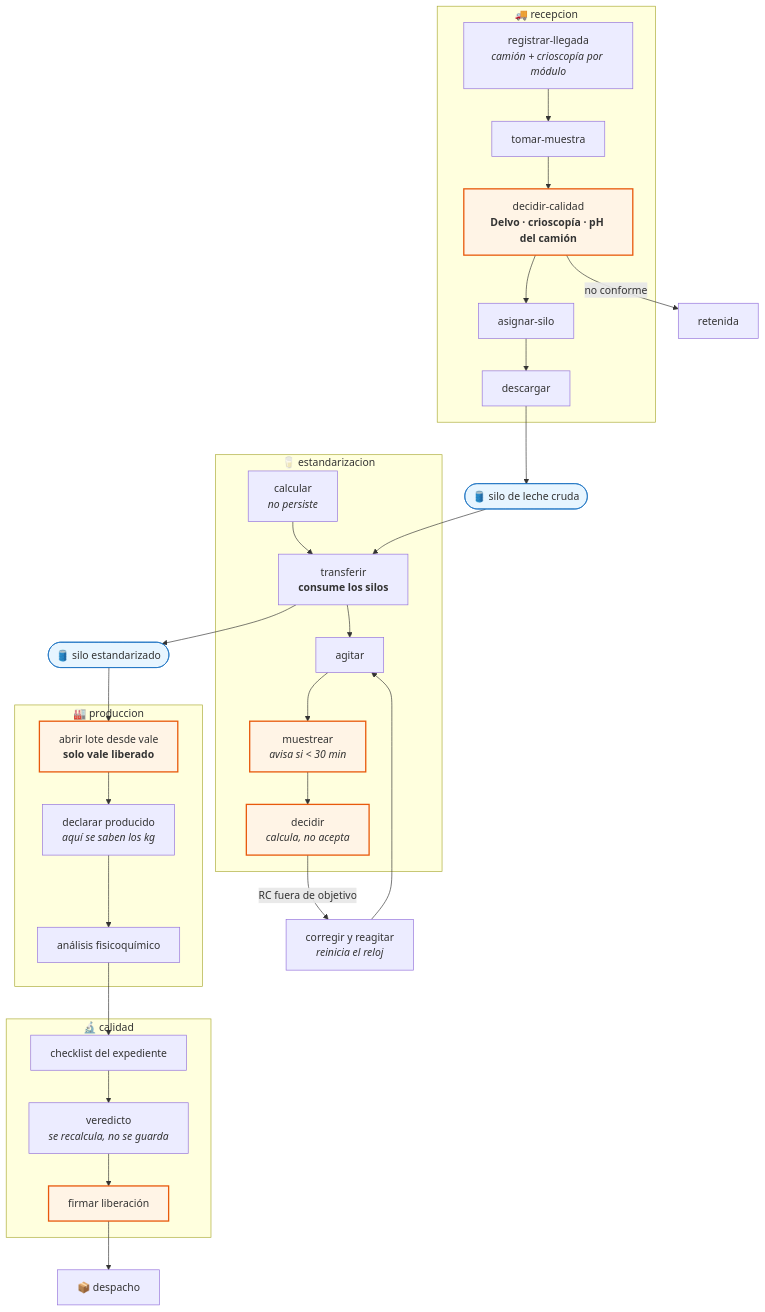
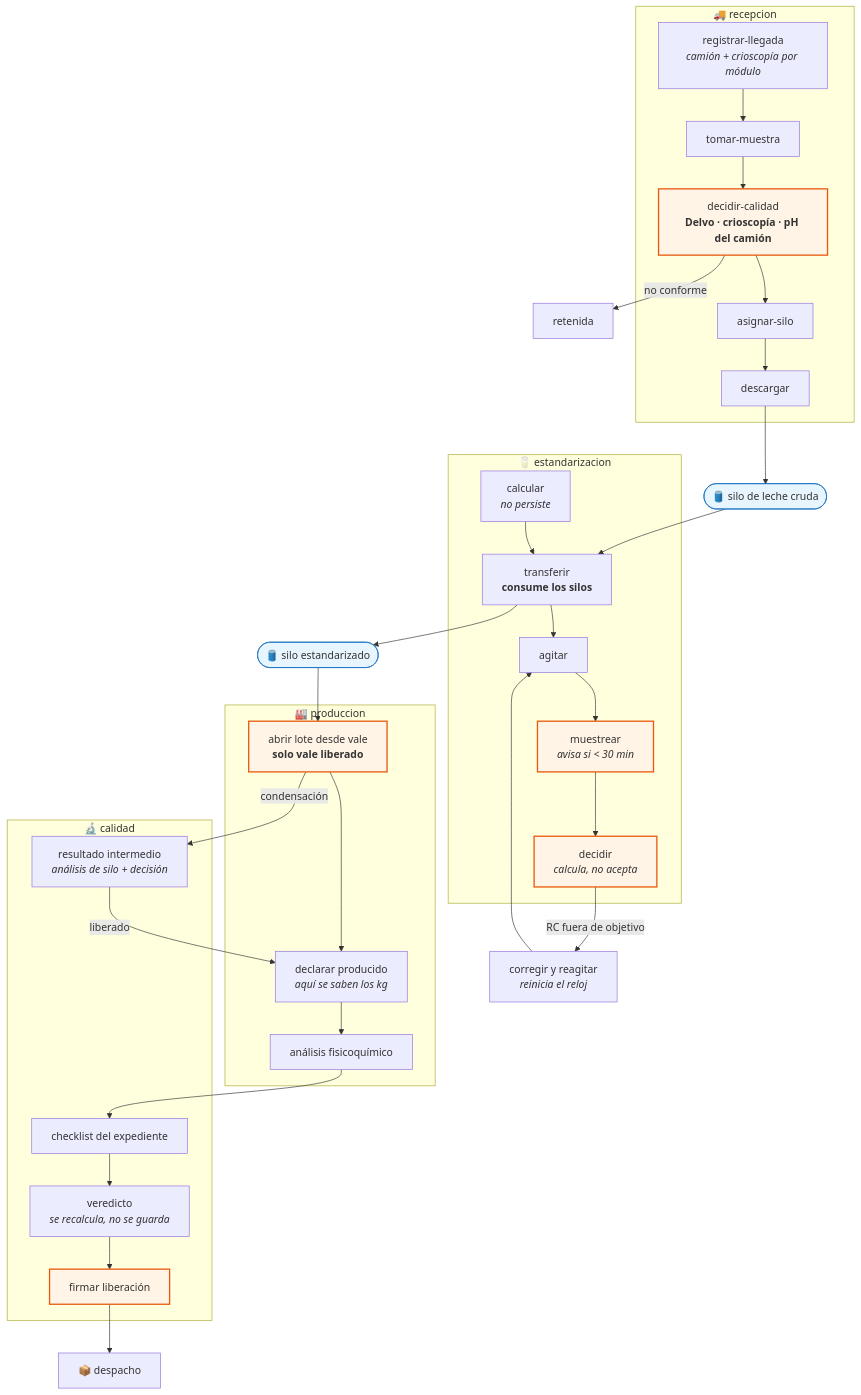
The first of 5 diagrams in docs/FLUJO_DEL_SISTEMA.md (FelipeCCAA/CCAA), drawn with Mermaid before and after one commit. The commit also changed other lines of this file and 26 other files, not shown here.

````diff
--- a/docs/FLUJO_DEL_SISTEMA.md
+++ b/docs/FLUJO_DEL_SISTEMA.md
@@ -24,54 +24,57 @@
 ```mermaid
 flowchart TD
     subgraph REC["🚚 recepcion"]
         R1["registrar-llegada<br/><i>camión + crioscopía por módulo</i>"]
         R2["tomar-muestra"]
         R3["decidir-calidad<br/><b>Delvo · crioscopía · pH del camión</b>"]
         R4["asignar-silo"]
         R5["descargar"]
         R1 --> R2 --> R3 --> R4 --> R5
     end
 
     subgraph EST["🥛 estandarizacion"]
         E1["calcular<br/><i>no persiste</i>"]
         E2["transferir<br/><b>consume los silos</b>"]
         E3["agitar"]
         E4["muestrear<br/><i>avisa si &lt; 30 min</i>"]
         E5["decidir<br/><i>calcula, no acepta</i>"]
         E1 --> E2 --> E3 --> E4 --> E5
     end
 
     subgraph PRO["🏭 produccion"]
         P1["abrir lote desde vale<br/><b>solo vale liberado</b>"]
         P2["declarar producido<br/><i>aquí se saben los kg</i>"]
         P3["análisis fisicoquímico"]
         P1 --> P2 --> P3
     end
 
     subgraph CAL["🔬 calidad"]
+        CI["resultado intermedio<br/><i>análisis de silo + decisión</i>"]
         C1["checklist del expediente"]
         C2["veredicto<br/><i>se recalcula, no se guarda</i>"]
         C3["firmar liberación"]
         C1 --> C2 --> C3
     end
 
     SILO(["🛢️ silo de leche cruda"])
     SILOE(["🛢️ silo estandarizado"])
     DESP["📦 despacho"]
 
     R5 --> SILO
     SILO --> E2
     E2 --> SILOE
     SILOE --> P1
+    P1 -->|"condensación"| CI
+    CI -->|"liberado"| P2
     P3 --> C1
     C3 --> DESP
 
     E5 -->|"RC fuera de objetivo"| CORR["corregir y reagitar<br/><i>reinicia el reloj</i>"]
     CORR --> E3
     R3 -->|"no conforme"| RET["retenida"]
 
     classDef gate fill:#fff4e6,stroke:#e8590c,stroke-width:2px
     classDef store fill:#e7f5ff,stroke:#1971c2
     class R3,E4,E5,P1,C3 gate
     class SILO,SILOE store
 ```
````
